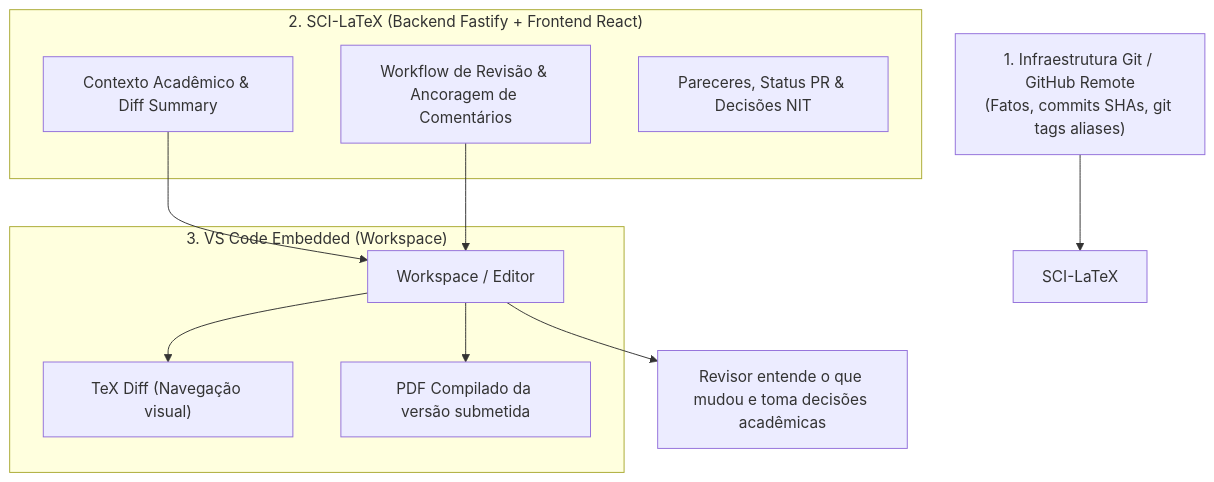
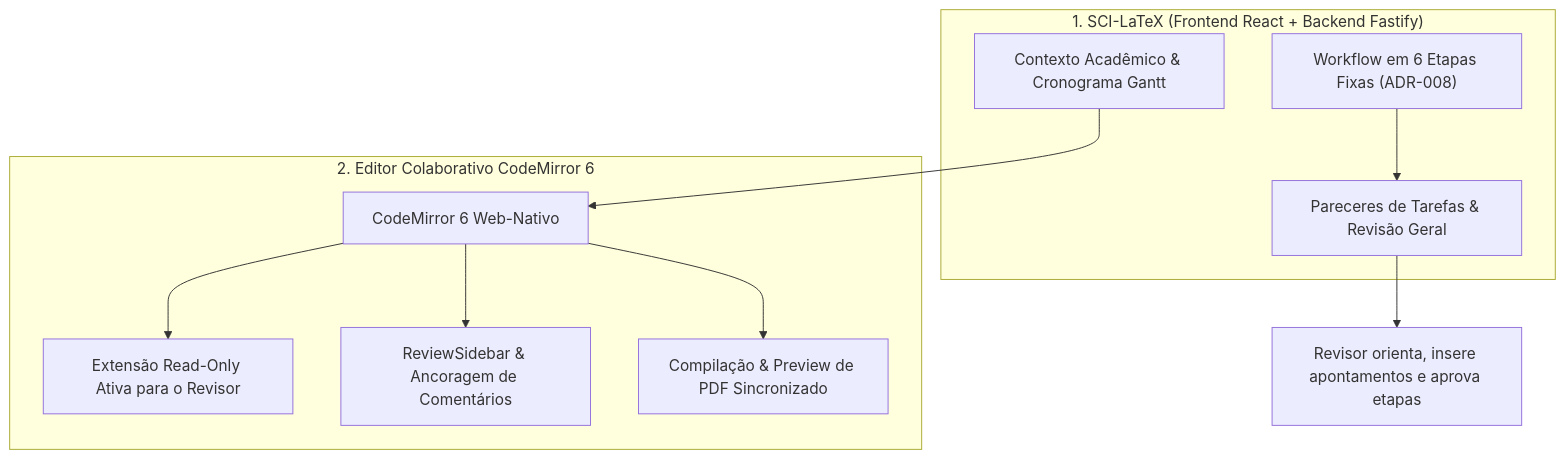
Before and after one commit to Digital-Analytics-Apps/sci-latex-vscode-ai: the first of 2 diagrams in docs/planning/specs/reviewer-view-spec.md, drawn with Mermaid. The commit also changed other lines of this file and 42 other files, not shown here.

Commit message:
feat(workflow): implement ADR-008 6 fixed stages and git decoupling

````diff
--- a/docs/planning/specs/reviewer-view-spec.md
+++ b/docs/planning/specs/reviewer-view-spec.md
@@ -16,23 +17,22 @@
 ```mermaid
 flowchart TD
-    GitLayer["1. Infraestrutura Git / GitHub Remote\n(Fatos, commits SHAs, git tags aliases)"]
-    
-    subgraph "2. SCI-LaTeX (Backend Fastify + Frontend React)"
-        Context["Contexto Acadêmico & Diff Summary"]
-        Workflow["Workflow de Revisão & Ancoragem de Comentários"]
-        Decisions["Pareceres, Status PR & Decisões NIT"]
+    subgraph "1. SCI-LaTeX (Frontend React + Backend Fastify)"
+        Context["Contexto Acadêmico & Cronograma Gantt"]
+        Workflow["Workflow em 6 Etapas Fixas (ADR-008)"]
+        Decisions["Pareceres de Tarefas & Revisão Geral"]
     end
 
-    subgraph "3. VS Code Embedded (Workspace)"
-        Workspace["Workspace / Editor"]
-        TeXDiff["TeX Diff (Navegação visual)"]
-        PDFView["PDF Compilado da versão submetida"]
-        Workspace --> TeXDiff
-        Workspace --> PDFView
+    subgraph "2. Editor Colaborativo CodeMirror 6"
+        CodeMirror["CodeMirror 6 Web-Nativo"]
+        ReadOnly["Extensão Read-Only Ativa para o Revisor"]
+        Comments["ReviewSidebar & Ancoragem de Comentários"]
+        PDFView["Compilação & Preview de PDF Sincronizado"]
+        CodeMirror --> ReadOnly
+        CodeMirror --> Comments
+        CodeMirror --> PDFView
     end
 
-    GitLayer --> SCI-LaTeX
-    Context --> Workspace
-    Workflow --> Workspace
-    Workspace --> Revisor["Revisor entende o que mudou e toma decisões acadêmicas"]
+    Context --> CodeMirror
+    Workflow --> Decisions
+    Decisions --> Revisor["Revisor orienta, insere apontamentos e aprova etapas"]
 ```
````
